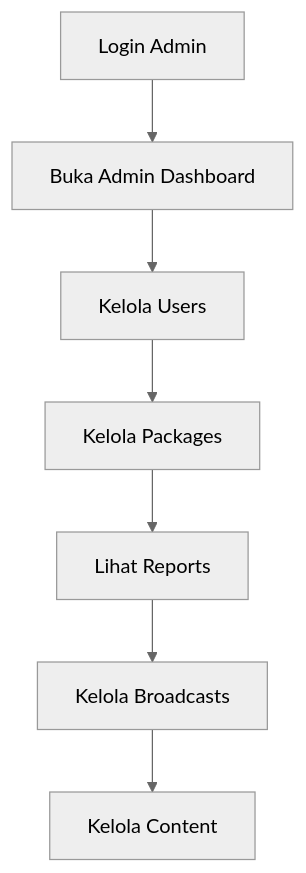
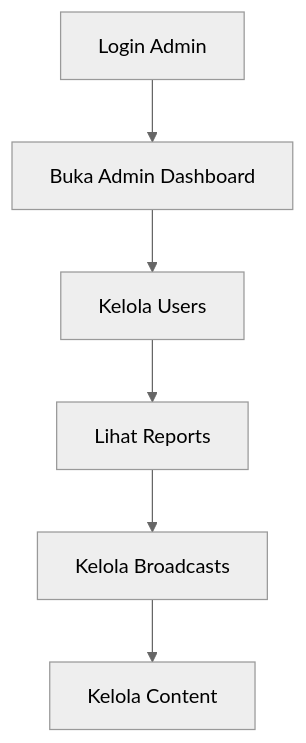
Before and after one commit to ranggacaw/more_apps: the fourth of 4 diagrams in docs/cara_menggunakan_aplikasi.md, drawn with Mermaid (neutral theme). The commit also changed other lines of this file and 22 other files, not shown here.

````diff
--- a/docs/cara_menggunakan_aplikasi.md
+++ b/docs/cara_menggunakan_aplikasi.md
@@ -125,9 +127,8 @@
 ```mermaid
 flowchart TD
     A[Login Admin] --> B[Buka Admin Dashboard]
     B --> C[Kelola Users]
-    C --> D[Kelola Packages]
-    D --> E[Lihat Reports]
-    E --> F[Kelola Broadcasts]
-    F --> G[Kelola Content]
+    C --> D[Lihat Reports]
+    D --> E[Kelola Broadcasts]
+    E --> F[Kelola Content]
 ```
````
